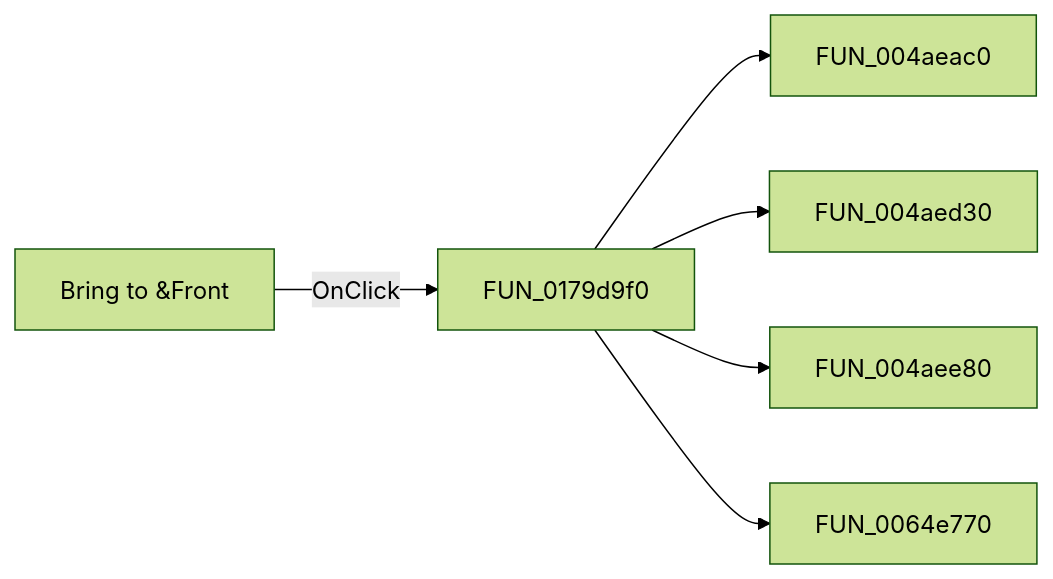
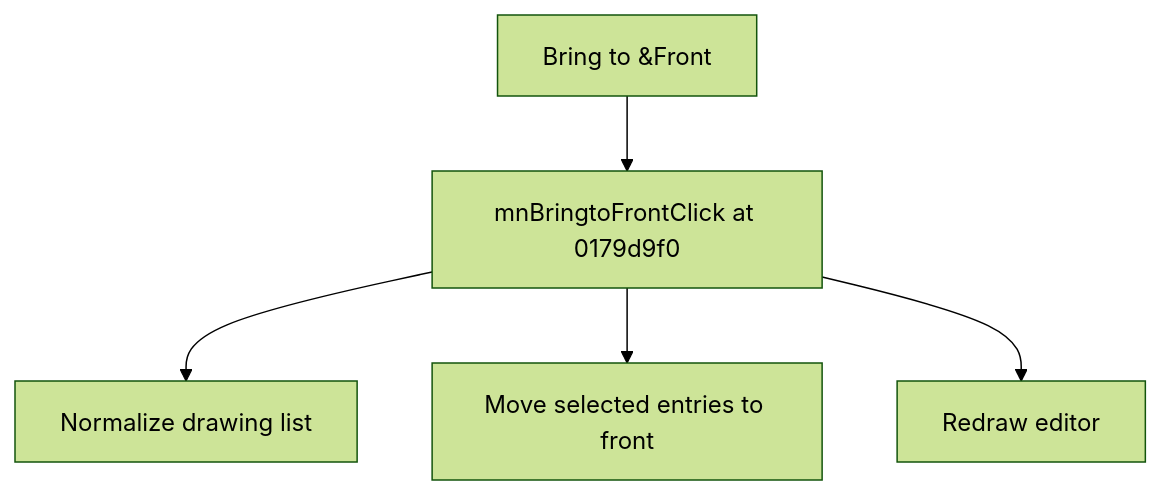
The diagram in docs/ui-controls/shapeedit/mnbringtofront-4055371037.md (MovGP0/TIARA), drawn with Mermaid (forest theme) before and after one commit. The commit also changed other lines of this file and 1062 other files, not shown here.

````diff
--- a/docs/ui-controls/shapeedit/mnbringtofront-4055371037.md
+++ b/docs/ui-controls/shapeedit/mnbringtofront-4055371037.md
@@ -27,8 +25,7 @@
 ```mermaid
-flowchart LR
-    control["Bring to &Front"] -->|OnClick| handler["FUN_0179d9f0"]
-    handler --> call1["FUN_004aeac0"]
-    handler --> call2["FUN_004aed30"]
-    handler --> call3["FUN_004aee80"]
-    handler --> call4["FUN_0064e770"]
+flowchart TD
+    control["Bring to &Front"] --> handler["mnBringtoFrontClick at 0179d9f0"]
+    handler --> step1["Normalize drawing list"]
+    handler --> step2["Move selected entries to front"]
+    handler --> step3["Redraw editor"]
 ```
````
